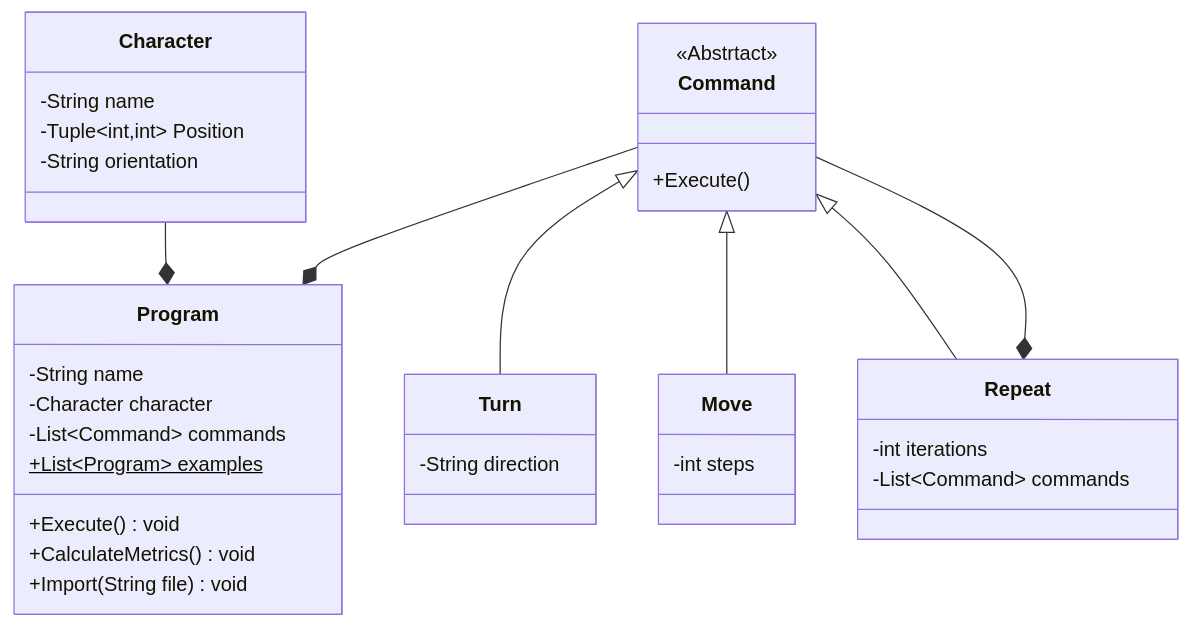
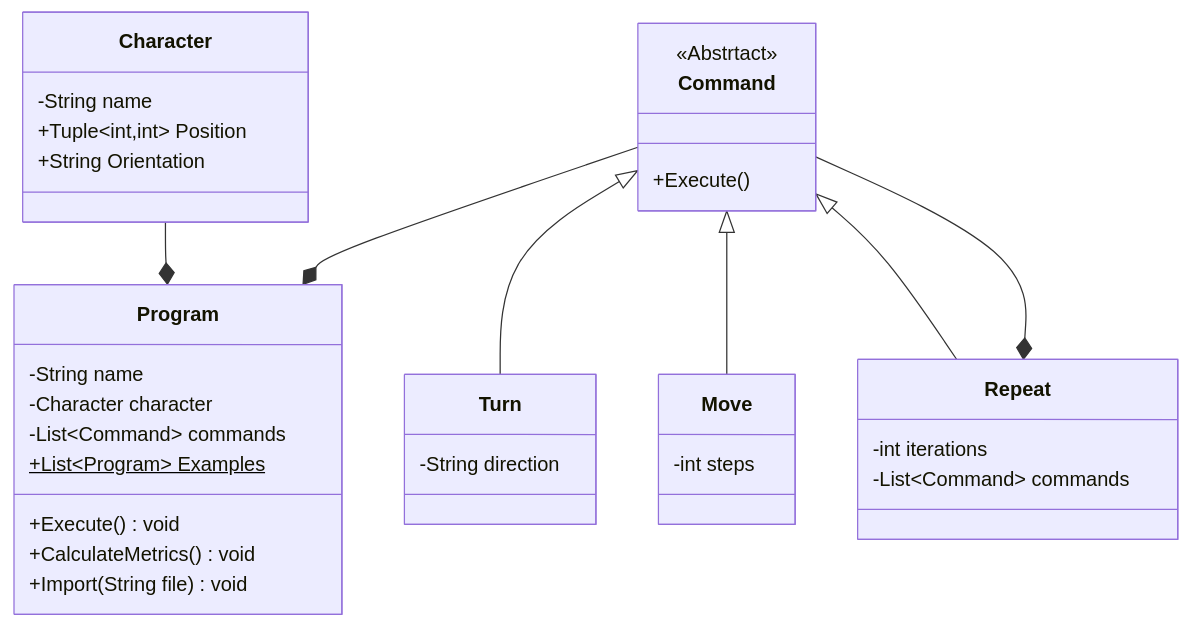
One commit to xxheyhey/MSO-Project-UU changed the diagram in class_diagram.md. Above: the diagram before and after it, drawn with Mermaid. The commit also changed 1 other file, not shown here.

Commit message:
fixed the class diagram and renamed the domain model file

````diff
--- a/class_diagram.md
+++ b/class_diagram.md
@@ -1,38 +1,38 @@
 ```mermaid
 classDiagram
-  Command --* Program
-  Command <|-- Turn
-  Command <|-- Move
-  Command <|-- Repeat
-  Command --* Repeat
-  Character --* Program
+    Command --* Program
+    Command <|-- Turn
+    Command <|-- Move
+    Command <|-- Repeat
+    Command --* Repeat
+    Character --* Program
 
-  class Command {
-      <<Abstrtact>>
-      +Execute()
-  }
-  class Turn {
-      -String direction
-  }
-  class Move {
-      -int steps
-  }
-  class Repeat {
-      -int iterations
-      -List~Command~ commands
-  }
-  class Character {
-      -String name
-      -Tuple~int,int~ Position
-      -String orientation
-  }
-  class Program {
-      -String name
-      -Character character
-      -List~Command~ commands
-      +List~Program~ examples$
-      +Execute() void
-      +CalculateMetrics() void
-      +Import(String file) void
-  }
+    class Command{
+        <<Abstrtact>>
+        +Execute()
+    }
+    class Turn{
+        -String direction
+    }
+    class Move{
+        -int steps
+    }
+    class Repeat{
+        -int iterations
+        -List~Command~ commands
+    }
+    class Character{
+        -String name
+        +Tuple~int,int~ Position
+        +String Orientation
+    }
+    class Program{
+        -String name
+        -Character character
+        -List~Command~ commands
+        +List~Program~ Examples$
+        +Execute() void
+        +CalculateMetrics() void
+        +Import(String file) void
+    }
 ```
````
